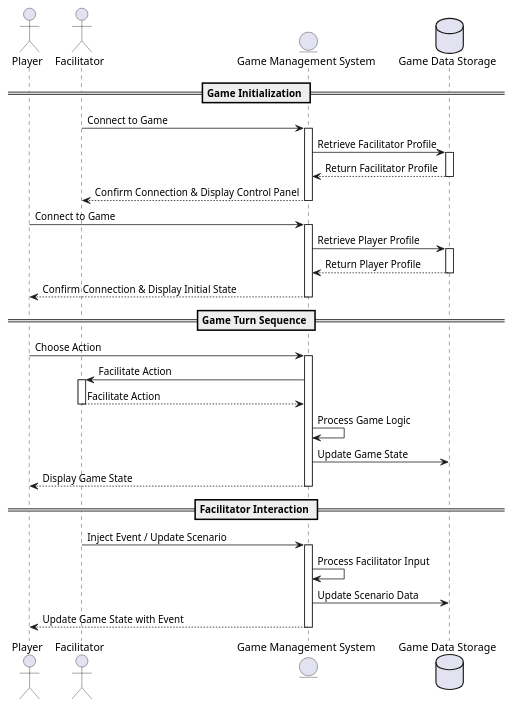
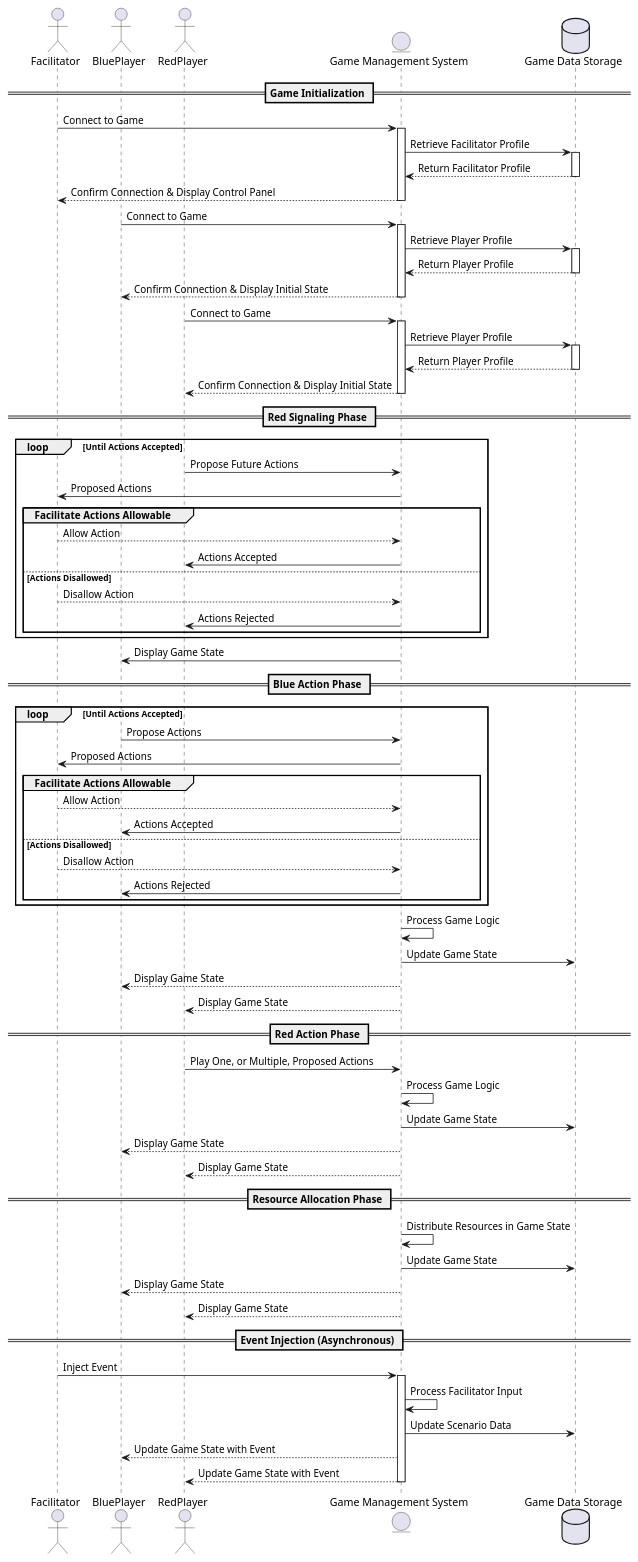
Before and after one commit to sabrinaxinli/FP-Final-Project: the diagram in docs/process.puml, drawn with PlantUML.

Commit message:
Corrected process diagram to reflect game turns

```diff
--- a/docs/process.puml
+++ b/docs/process.puml
@@ -1,50 +1,98 @@
 @startuml process view
 
-actor Player
 actor Facilitator
+actor BluePlayer
+actor RedPlayer
 entity "Game Management System" as GMS
 database "Game Data Storage" as GDS
 
 == Game Initialization ==
 
 Facilitator -> GMS : Connect to Game
 activate GMS
 GMS -> GDS : Retrieve Facilitator Profile
 activate GDS
 GDS --> GMS : Return Facilitator Profile
 deactivate GDS
 GMS --> Facilitator : Confirm Connection & Display Control Panel
 deactivate GMS
 
-Player -> GMS : Connect to Game
+BluePlayer -> GMS : Connect to Game
 activate GMS
 GMS -> GDS : Retrieve Player Profile
 activate GDS
 GDS --> GMS : Return Player Profile
 deactivate GDS
-GMS --> Player : Confirm Connection & Display Initial State
+GMS --> BluePlayer : Confirm Connection & Display Initial State
 deactivate GMS
 
-== Game Turn Sequence ==
+RedPlayer -> GMS : Connect to Game
+activate GMS
+GMS -> GDS : Retrieve Player Profile
+activate GDS
+GDS --> GMS : Return Player Profile
+deactivate GDS
+GMS --> RedPlayer : Confirm Connection & Display Initial State
+deactivate GMS
 
-Player -> GMS : Choose Action
-activate GMS
-GMS -> Facilitator : Facilitate Action
-activate Facilitator
-Facilitator --> GMS : Facilitate Action
-deactivate Facilitator
+== Red Signaling Phase ==
+
+loop Until Actions Accepted
+    RedPlayer -> GMS : Propose Future Actions
+    GMS -> Facilitator : Proposed Actions
+    group Facilitate Actions Allowable
+        Facilitator --> GMS : Allow Action
+        GMS -> RedPlayer : Actions Accepted
+    else Actions Disallowed
+        Facilitator --> GMS : Disallow Action
+        GMS -> RedPlayer : Actions Rejected
+    end
+end
+
+GMS -> BluePlayer : Display Game State
+
+== Blue Action Phase ==
+
+loop Until Actions Accepted
+    BluePlayer -> GMS : Propose Actions
+    GMS -> Facilitator : Proposed Actions
+    group Facilitate Actions Allowable
+        Facilitator --> GMS : Allow Action
+        GMS -> BluePlayer : Actions Accepted
+    else Actions Disallowed
+        Facilitator --> GMS : Disallow Action
+        GMS -> BluePlayer : Actions Rejected
+    end
+end
+
 GMS -> GMS : Process Game Logic
 GMS -> GDS : Update Game State
-GMS --> Player : Display Game State
-deactivate GMS
+GMS --> BluePlayer : Display Game State
+GMS --> RedPlayer : Display Game State
 
-== Facilitator Interaction ==
+== Red Action Phase ==
 
-Facilitator -> GMS : Inject Event / Update Scenario
+RedPlayer -> GMS : Play One, or Multiple, Proposed Actions
+GMS -> GMS : Process Game Logic
+GMS -> GDS : Update Game State
+GMS --> BluePlayer : Display Game State
+GMS --> RedPlayer : Display Game State
+
+== Resource Allocation Phase ==
+
+GMS -> GMS : Distribute Resources in Game State
+GMS -> GDS : Update Game State
+GMS --> BluePlayer : Display Game State
+GMS --> RedPlayer : Display Game State
+
+== Event Injection (Asynchronous) ==
+
+Facilitator -> GMS : Inject Event
 activate GMS
 GMS -> GMS : Process Facilitator Input
 GMS -> GDS : Update Scenario Data
-GMS --> Player : Update Game State with Event
+GMS --> BluePlayer : Update Game State with Event
+GMS --> RedPlayer : Update Game State with Event
 deactivate GMS
 
 @enduml
```
